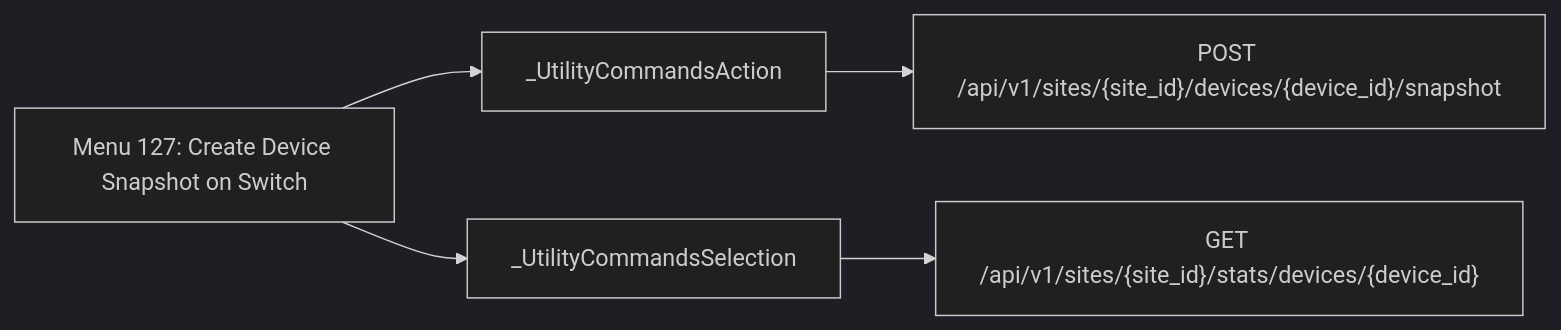
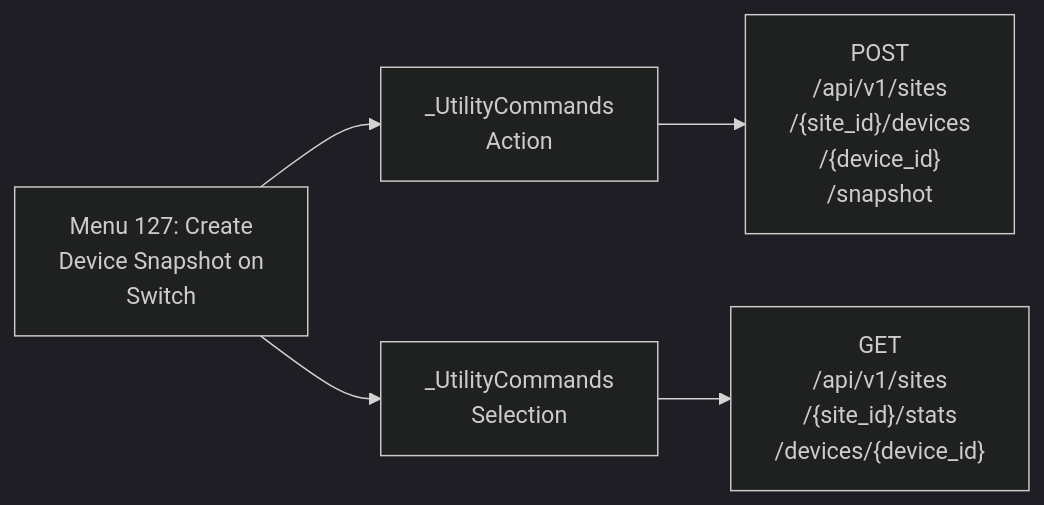
One commit to jmorrison-juniper/MistHelper changed the fifth of 28 diagrams in documentation/menu-api/interactive.md. Above: the diagram before and after it, drawn with Mermaid (dark theme). The commit also changed other lines of this file and 19 other files, not shown here.

First line of the commit message:
docs(menu-api): fit the Mermaid diagrams to the wiki column

````diff
--- a/documentation/menu-api/interactive.md
+++ b/documentation/menu-api/interactive.md
@@ -267,8 +119,8 @@
 ```mermaid
 flowchart LR
-    menu["Menu 127: Create Device Snapshot on Switch"]
-    menu --> c1["_UtilityCommandsAction"]
-    c1 --> e1["POST /api/v1/sites/{site_id}/devices/{device_id}/snapshot"]
-    menu --> c2["_UtilityCommandsSelection"]
-    c2 --> e2["GET /api/v1/sites/{site_id}/stats/devices/{device_id}"]
+    menu["Menu 127: Create<br/>Device Snapshot on<br/>Switch"]
+    menu --> c1["_UtilityCommands<br/>Action"]
+    c1 --> e1["POST<br/>/api/v1/sites<br/>/{site_id}/devices<br/>/{device_id}<br/>/snapshot"]
+    menu --> c2["_UtilityCommands<br/>Selection"]
+    c2 --> e2["GET<br/>/api/v1/sites<br/>/{site_id}/stats<br/>/devices/{device_id}"]
 ```
````
